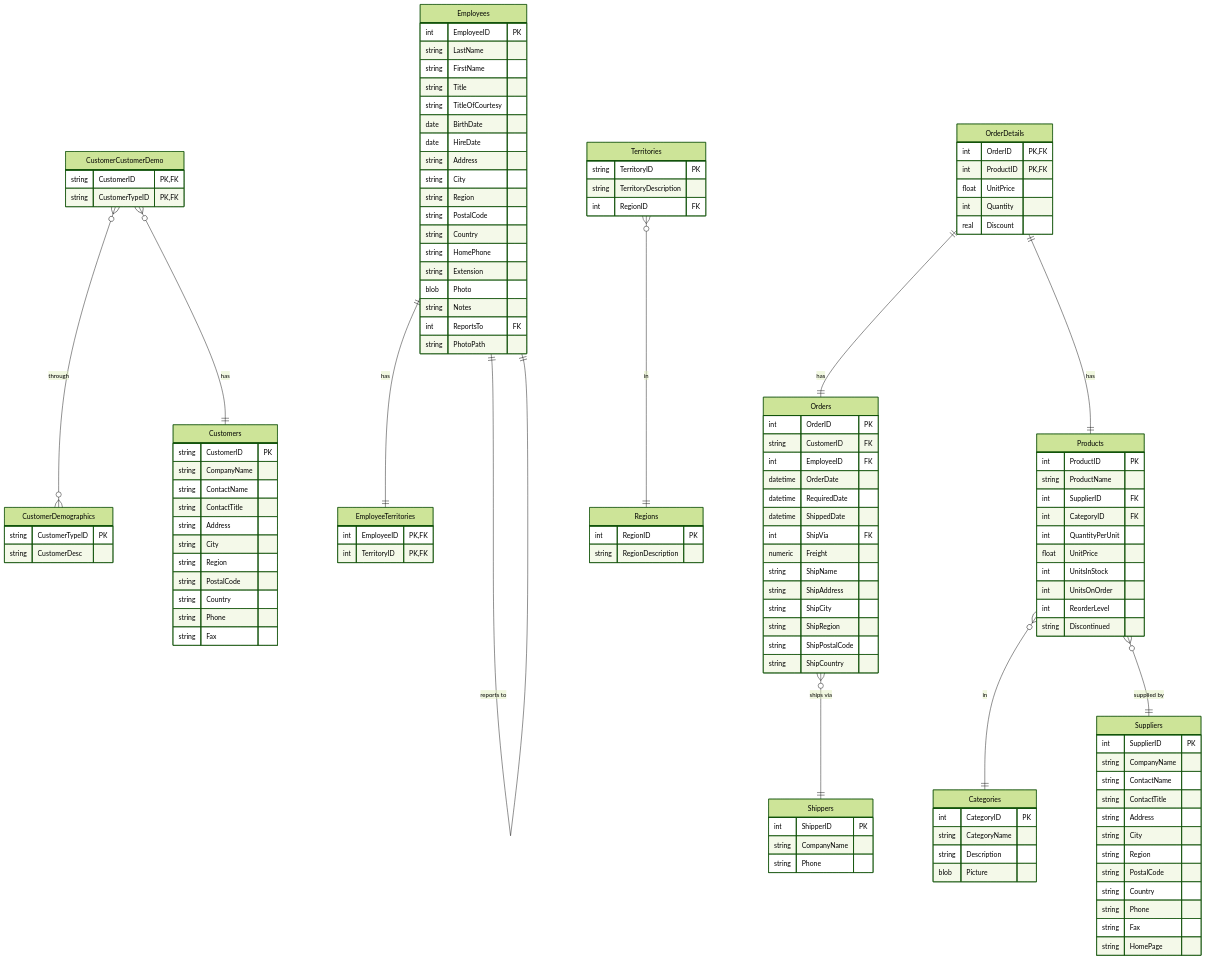
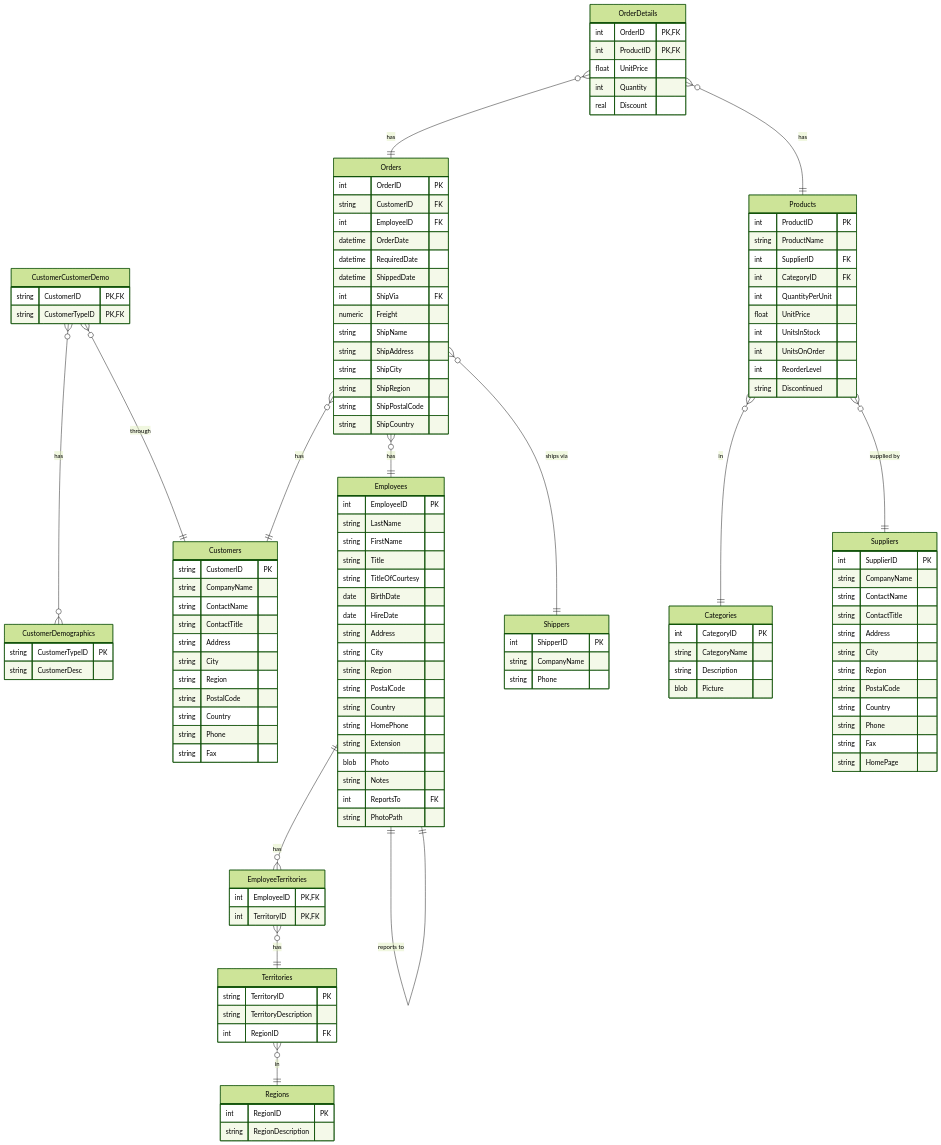
Before and after one commit to jpwhite3/northwind-SQLite3: the diagram in README.md, drawn with Mermaid (forest theme).

Commit message:
Updating relationships in diagram

````diff
--- a/README.md
+++ b/README.md
@@ -15,15 +15,18 @@
 ```mermaid
 erDiagram
-    CustomerCustomerDemo }o--o{ CustomerDemographics : through
-    CustomerCustomerDemo }o--|| Customers : has
+    CustomerCustomerDemo }o--o{ CustomerDemographics : has
+    CustomerCustomerDemo }o--|| Customers : through
     Employees ||--|| Employees : "reports to"
-    Employees ||--|| EmployeeTerritories : has
+    Employees ||--o{ EmployeeTerritories : has
     Orders }o--|| Shippers : "ships via"
-    OrderDetails ||--|| Orders : has
-    OrderDetails ||--|| Products : has
+    OrderDetails }o--|| Orders : has
+    OrderDetails }o--|| Products : has
     Products }o--|| Categories : in
     Products }o--|| Suppliers : "supplied by"
     Territories }o--|| Regions : in
+    EmployeeTerritories }o--|| Territories : has
+    Orders }o--|| Customers : has
+    Orders }o--|| Employees : has
 
 
     Categories {
````
